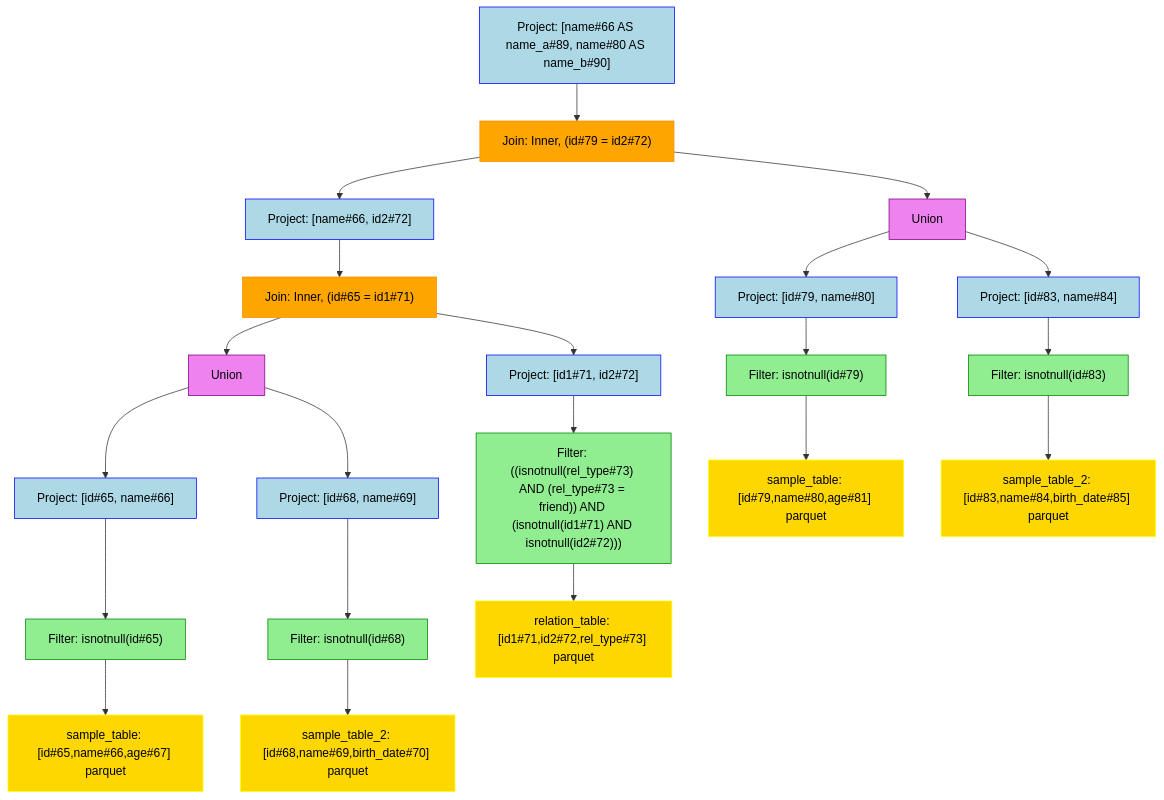
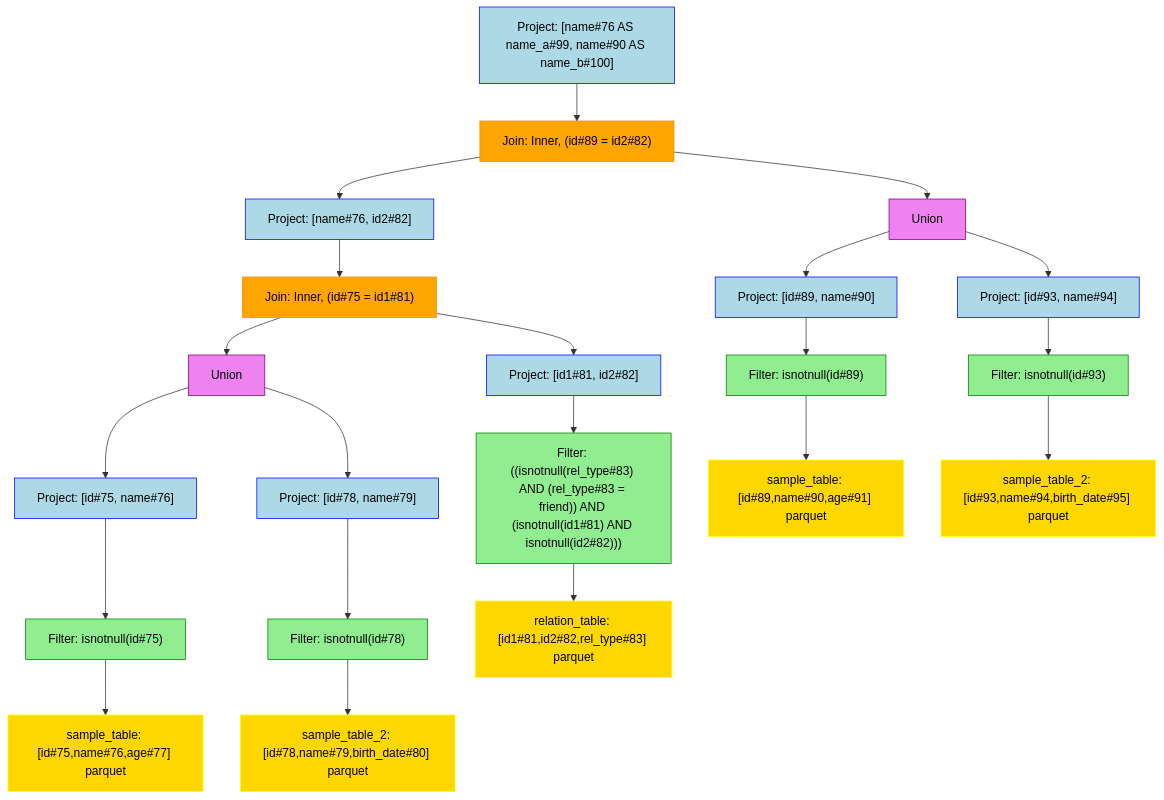
One commit to NielkNetraam/explainalyzed changed the diagram in data/visualization/join_2.mmd. Above: the diagram before and after it, drawn with Mermaid. The commit also changed 48 other files, not shown here.

```diff
--- a/data/visualization/join_2.mmd
+++ b/data/visualization/join_2.mmd
@@ -1,61 +1,50 @@
----
-config:
-theme: 'base'
-themeVariables:
-    primaryColor: '#BB2528'
-    primaryTextColor: '#fff'
-    primaryBorderColor: '#7C0000'
-    lineColor: '#F8B229'
-    secondaryColor: '#267826'
-    tertiaryColor: '#fff'
----
 flowchart TD
     classDef PROJECT stroke:Blue,fill:LightBlue,color:black
     classDef FILTER stroke:Green,fill:LightGreen,color:black
     classDef UNION stroke:Purple,fill:Violet,color:black
     classDef JOIN stroke:DarkOrange,fill:Orange,color:black
     classDef RELATION stroke:Yellow,fill:Gold,color:black
     classDef AGGREGATE stroke:Brown,fill:Chocolate,color:black
 
-    Project#1["Project: [name#66 AS name_a#89, name#80 AS name_b#90]"]:::PROJECT
-    Join#11["Join: Inner, (id#79 = id2#72)"]:::JOIN
-    Project#111["Project: [name#66, id2#72]"]:::PROJECT
-    Join#1111["Join: Inner, (id#65 = id1#71)"]:::JOIN
+    Project#1["Project: [name#76 AS name_a#99, name#90 AS name_b#100]"]:::PROJECT
+    Join#11["Join: Inner, (id#89 = id2#82)"]:::JOIN
+    Project#111["Project: [name#76, id2#82]"]:::PROJECT
+    Join#1111["Join: Inner, (id#75 = id1#81)"]:::JOIN
     Union#11111["Union"]:::UNION
-    Project#111111["Project: [id#65, name#66]"]:::PROJECT
-    Filter#1111111["Filter: isnotnull(id#65)"]:::FILTER
-    Relation#11111111["sample_table: [id#65,name#66,age#67] parquet"]:::RELATION
-    Project#111112["Project: [id#68, name#69]"]:::PROJECT
-    Filter#1111121["Filter: isnotnull(id#68)"]:::FILTER
-    Relation#11111211["sample_table_2: [id#68,name#69,birth_date#70] parquet"]:::RELATION
-    Project#11112["Project: [id1#71, id2#72]"]:::PROJECT
-    Filter#111121["Filter: ((isnotnull(rel_type#73) AND (rel_type#73 = friend)) AND (isnotnull(id1#71) AND isnotnull(id2#72)))"]:::FILTER
-    Relation#1111211["relation_table: [id1#71,id2#72,rel_type#73] parquet"]:::RELATION
+    Project#111111["Project: [id#75, name#76]"]:::PROJECT
+    Filter#1111111["Filter: isnotnull(id#75)"]:::FILTER
+    Relation#11111111["sample_table: [id#75,name#76,age#77] parquet"]:::RELATION
+    Project#111112["Project: [id#78, name#79]"]:::PROJECT
+    Filter#1111121["Filter: isnotnull(id#78)"]:::FILTER
+    Relation#11111211["sample_table_2: [id#78,name#79,birth_date#80] parquet"]:::RELATION
+    Project#11112["Project: [id1#81, id2#82]"]:::PROJECT
+    Filter#111121["Filter: ((isnotnull(rel_type#83) AND (rel_type#83 = friend)) AND (isnotnull(id1#81) AND isnotnull(id2#82)))"]:::FILTER
+    Relation#1111211["relation_table: [id1#81,id2#82,rel_type#83] parquet"]:::RELATION
     Union#112["Union"]:::UNION
-    Project#1121["Project: [id#79, name#80]"]:::PROJECT
-    Filter#11211["Filter: isnotnull(id#79)"]:::FILTER
-    Relation#112111["sample_table: [id#79,name#80,age#81] parquet"]:::RELATION
-    Project#1122["Project: [id#83, name#84]"]:::PROJECT
-    Filter#11221["Filter: isnotnull(id#83)"]:::FILTER
-    Relation#112211["sample_table_2: [id#83,name#84,birth_date#85] parquet"]:::RELATION
+    Project#1121["Project: [id#89, name#90]"]:::PROJECT
+    Filter#11211["Filter: isnotnull(id#89)"]:::FILTER
+    Relation#112111["sample_table: [id#89,name#90,age#91] parquet"]:::RELATION
+    Project#1122["Project: [id#93, name#94]"]:::PROJECT
+    Filter#11221["Filter: isnotnull(id#93)"]:::FILTER
+    Relation#112211["sample_table_2: [id#93,name#94,birth_date#95] parquet"]:::RELATION
 
     Project#1 --> Join#11
         Join#11 --> Project#111
             Project#111 --> Join#1111
                 Join#1111 --> Union#11111
                     Union#11111 --> Project#111111
                         Project#111111 --> Filter#1111111
                             Filter#1111111 --> Relation#11111111
                     Union#11111 --> Project#111112
                         Project#111112 --> Filter#1111121
                             Filter#1111121 --> Relation#11111211
                 Join#1111 --> Project#11112
                     Project#11112 --> Filter#111121
                         Filter#111121 --> Relation#1111211
         Join#11 --> Union#112
             Union#112 --> Project#1121
                 Project#1121 --> Filter#11211
                     Filter#11211 --> Relation#112111
             Union#112 --> Project#1122
                 Project#1122 --> Filter#11221
                     Filter#11221 --> Relation#112211
```
